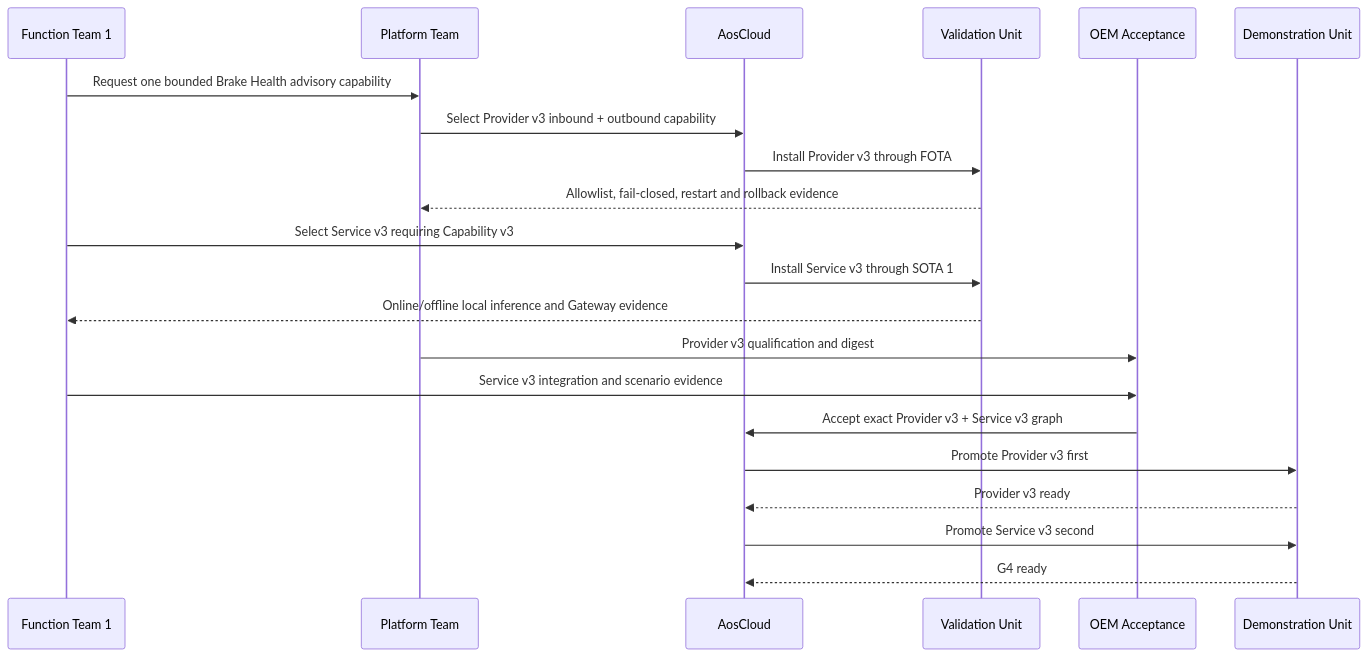
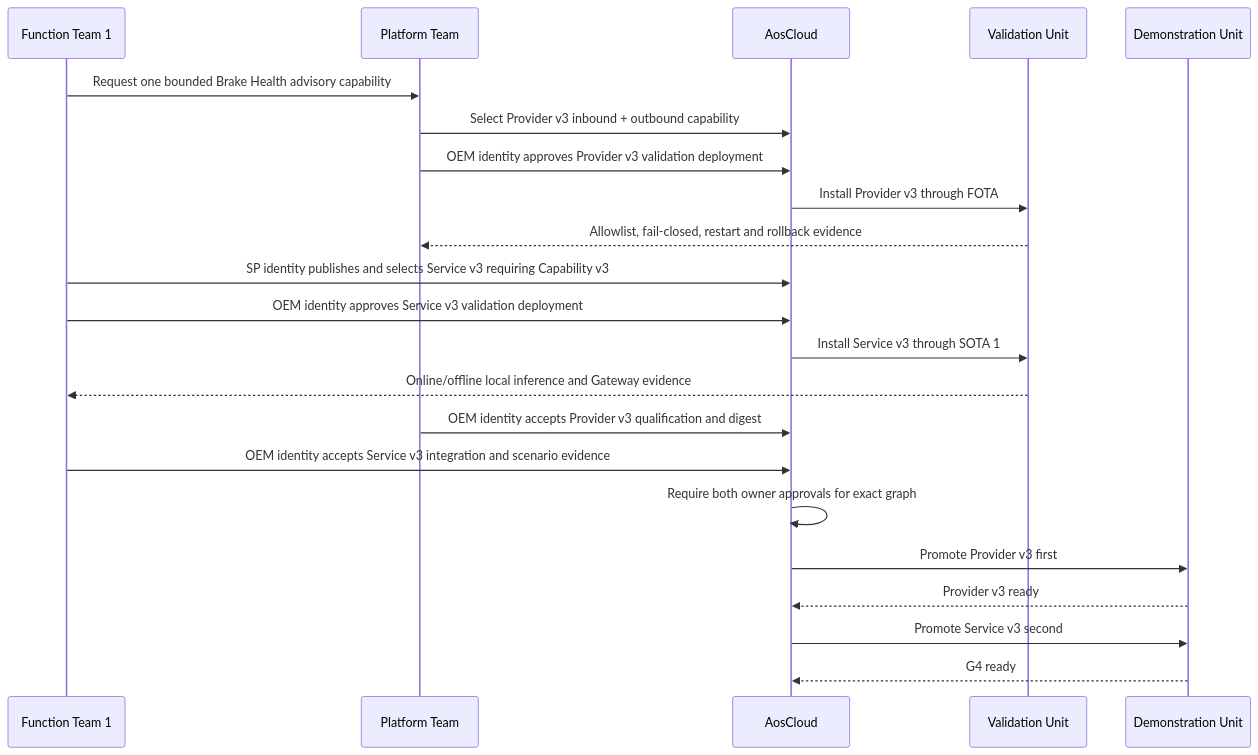
One commit to alexmaninblack/aosedge-sdv-demo changed diagram 12 of 17 in docs/architecture/demo-scenario-architecture-flows.md. Above: the diagram before and after it, drawn with Mermaid. The commit also changed other lines of this file and 9 other files, not shown here.

````diff
--- a/docs/architecture/demo-scenario-architecture-flows.md
+++ b/docs/architecture/demo-scenario-architecture-flows.md
@@ -646,24 +668,25 @@
 ```mermaid
 sequenceDiagram
     participant FT1 as Function Team 1
     participant PT as Platform Team
     participant AC as AosCloud
     participant VU as Validation Unit
-    participant OA as OEM Acceptance
     participant DU as Demonstration Unit
 
     FT1->>PT: Request one bounded Brake Health advisory capability
     PT->>AC: Select Provider v3 inbound + outbound capability
+    PT->>AC: OEM identity approves Provider v3 validation deployment
     AC->>VU: Install Provider v3 through FOTA
     VU-->>PT: Allowlist, fail-closed, restart and rollback evidence
-    FT1->>AC: Select Service v3 requiring Capability v3
+    FT1->>AC: SP identity publishes and selects Service v3 requiring Capability v3
+    FT1->>AC: OEM identity approves Service v3 validation deployment
     AC->>VU: Install Service v3 through SOTA 1
     VU-->>FT1: Online/offline local inference and Gateway evidence
-    PT->>OA: Provider v3 qualification and digest
-    FT1->>OA: Service v3 integration and scenario evidence
-    OA->>AC: Accept exact Provider v3 + Service v3 graph
+    PT->>AC: OEM identity accepts Provider v3 qualification and digest
+    FT1->>AC: OEM identity accepts Service v3 integration and scenario evidence
+    AC->>AC: Require both owner approvals for exact graph
     AC->>DU: Promote Provider v3 first
     DU-->>AC: Provider v3 ready
     AC->>DU: Promote Service v3 second
     DU-->>AC: G4 ready
 ```
````
